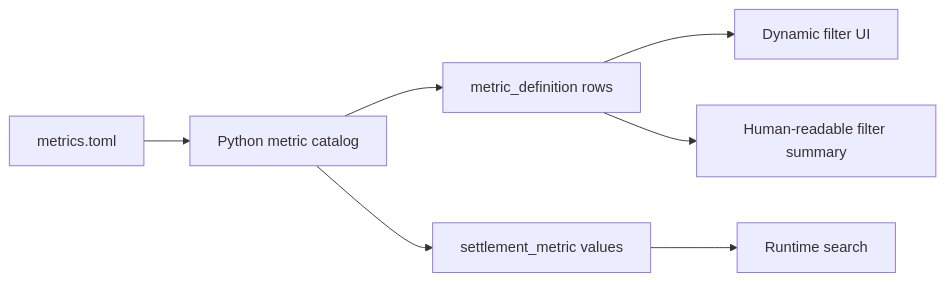
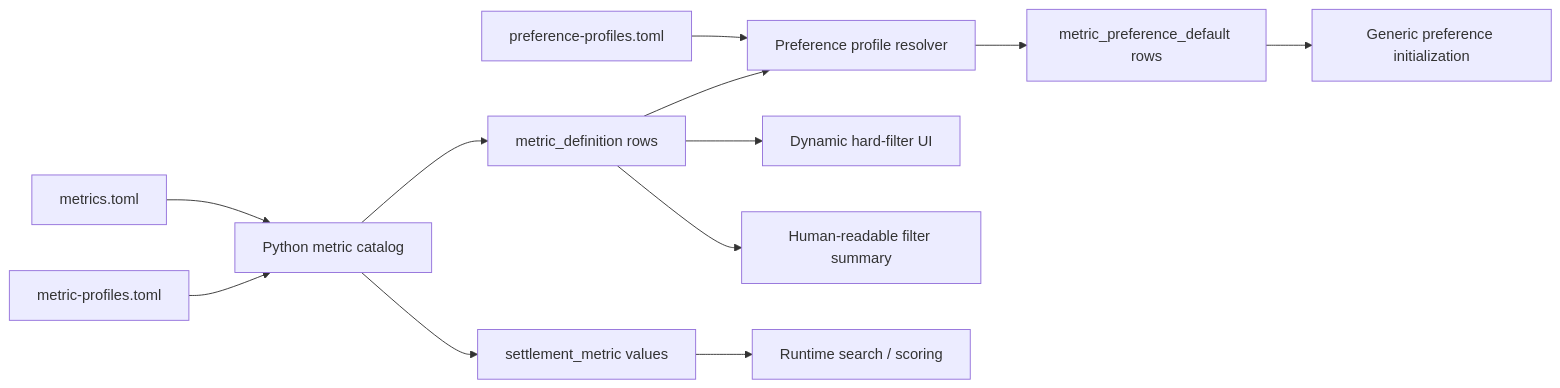
The third of 5 diagrams in docs/ARCHITECTURE.md (folk21/osmapdigger), drawn with Mermaid before and after one commit. The commit also changed other lines of this file and 34 other files, not shown here.

````diff
--- a/docs/ARCHITECTURE.md
+++ b/docs/ARCHITECTURE.md
@@ -85,9 +85,14 @@
 ```mermaid
 flowchart LR
-    TOML[metrics.toml] --> PY[Python metric catalog]
+    METRICS[metrics.toml] --> PY[Python metric catalog]
+    MPROFILE[metric-profiles.toml] --> PY
+    PPROFILE[preference-profiles.toml] --> PREF[Preference profile resolver]
     PY --> DEF[metric_definition rows]
     PY --> VALUES[settlement_metric values]
-    DEF --> UI[Dynamic filter UI]
+    DEF --> PREF
+    PREF --> PDEF[metric_preference_default rows]
+    DEF --> UI[Dynamic hard-filter UI]
     DEF --> SUMMARY[Human-readable filter summary]
-    VALUES --> QUERY[Runtime search]
+    VALUES --> QUERY[Runtime search / scoring]
+    PDEF --> RANK[Generic preference initialization]
 ```
````
